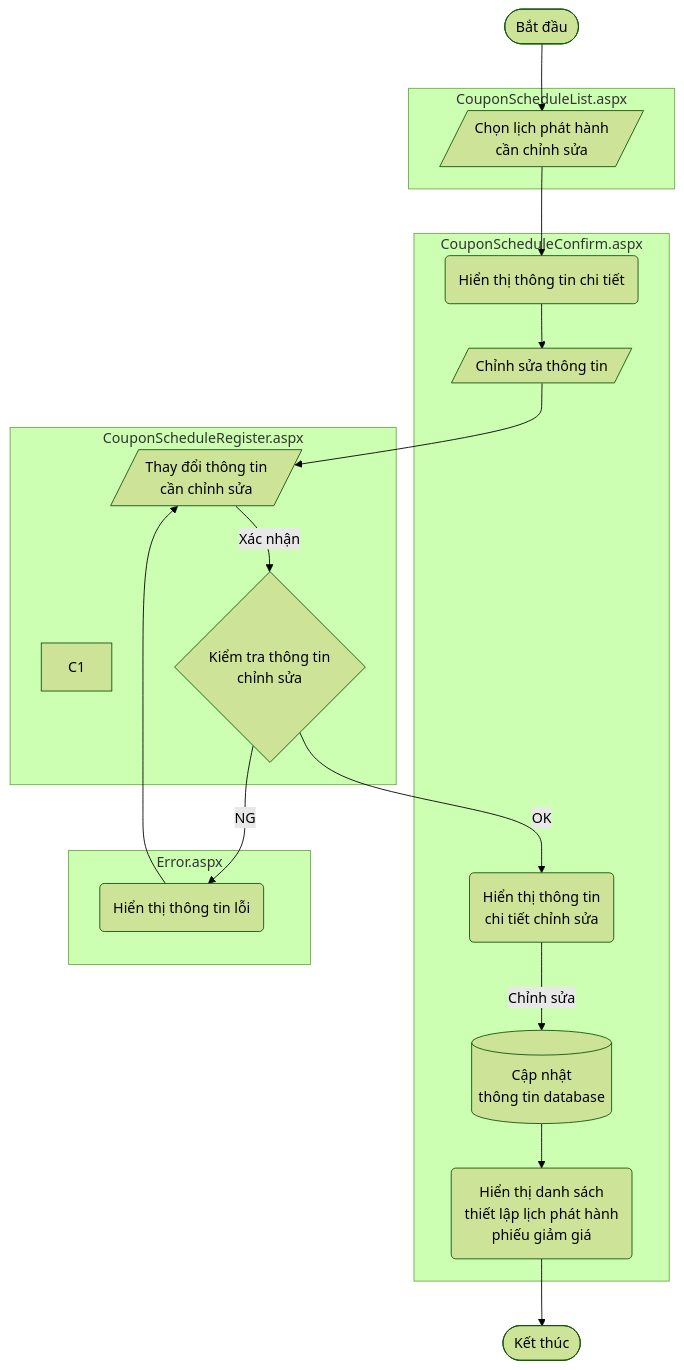
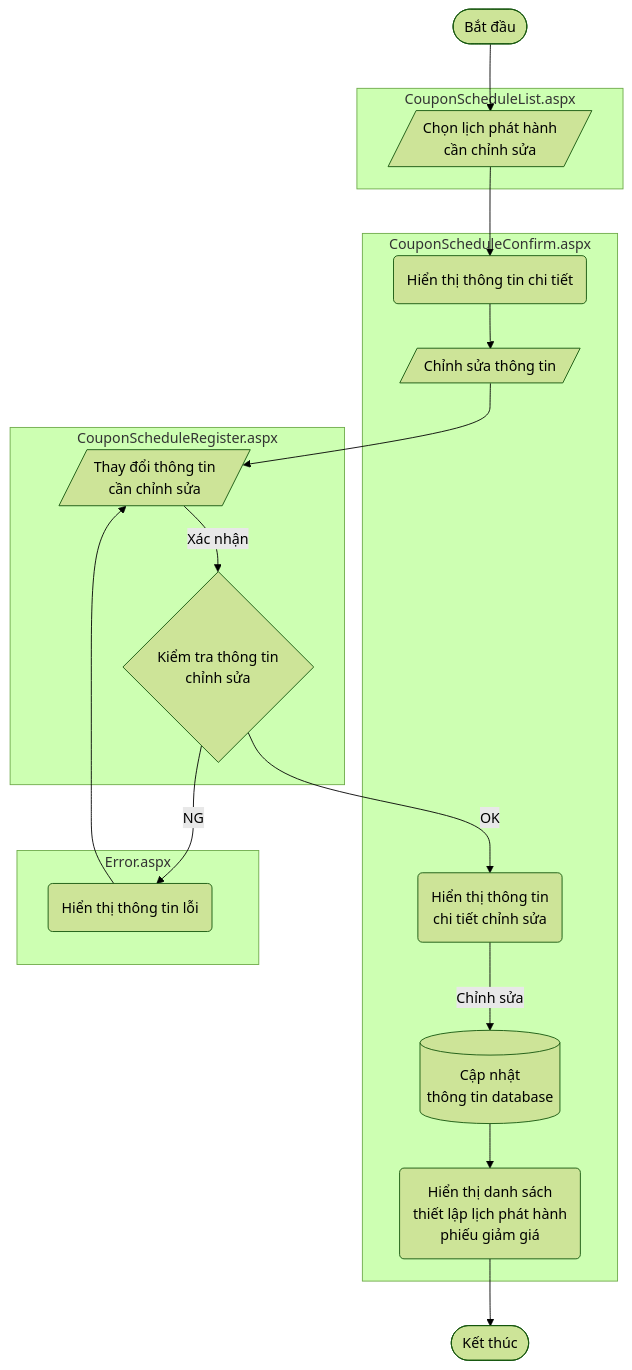
The diagram in README.md (nghiemchibao01/doc), drawn with Mermaid (forest theme) before and after one commit. The commit also changed other lines of this file, not shown here.

````diff
--- a/README.md
+++ b/README.md
@@ -1,40 +1,39 @@
 ```mermaid
 flowchart TB
 
   subgraph CouponScheduleList.aspx
     A
   end
 
   subgraph CouponScheduleConfirm.aspx
     A1
     B
     G
     H
     I
   end
 
   subgraph CouponScheduleRegister.aspx
     C
-    C1
     D
   end
 
   subgraph Error.aspx
     F
   end
 
   Start([Bắt đầu]) --> A[/Chọn lịch phát hành\n cần chỉnh sửa/]
   A --> A1("Hiển thị thông tin chi tiết")
   A1 --> B[/Chỉnh sửa thông tin/]
   B --> C[/"Thay đổi thông tin
       cần chỉnh sửa"/]
   C --> |Xác nhận| D{Kiểm tra thông tin\n chỉnh sửa}
   D --> |OK| G("Hiển thị thông tin
       chi tiết chỉnh sửa")
   D --> |NG| F(Hiển thị thông tin lỗi)
   F --> C
   G --> |Chỉnh sửa| H[("Cập nhật\n thông tin database")]
   H --> I(Hiển thị danh sách\n thiết lập lịch phát hành\n phiếu giảm giá)
   I --> End([Kết thúc])
   
 ```
````
